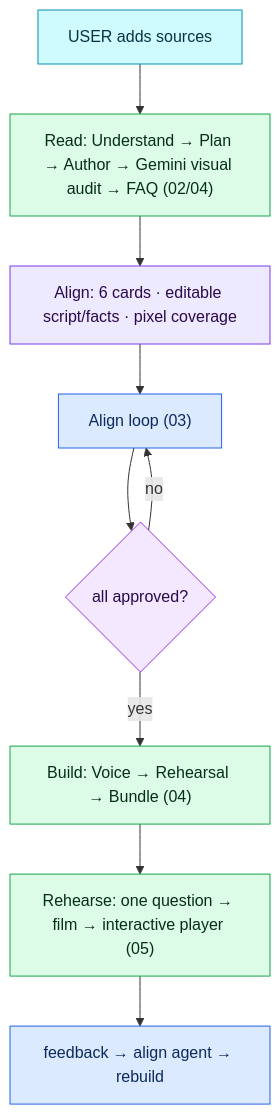
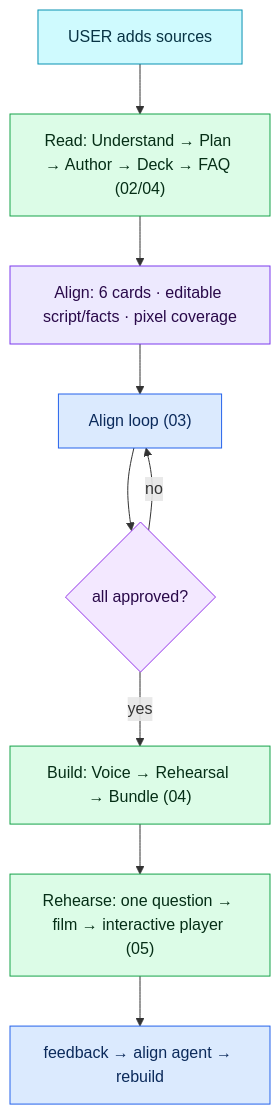
One commit to APareek89/demo-studio changed the diagram in docs/ARCHITECTURE_FLOW.md. Above: the diagram before and after it, drawn with Mermaid. The commit also changed other lines of this file and 23 other files, not shown here.

````diff
--- a/docs/ARCHITECTURE_FLOW.md
+++ b/docs/ARCHITECTURE_FLOW.md
@@ -58,12 +62,12 @@
 ```mermaid
 %% see docs/mermaid/01-master.mmd
 flowchart TD
-  U["USER adds sources"]:::ask --> READ["Read: Understand → Plan → Author → Gemini visual audit → FAQ (02/04)"]:::fn --> CARDS["Align: 6 cards · editable script/facts · pixel coverage"]:::data --> ALIGN["Align loop (03)"]:::agent --> APPR{"all approved?"}:::dec
+  U["USER adds sources"]:::ask --> READ["Read: Understand → Plan → Author → Deck → FAQ (02/04)"]:::fn --> CARDS["Align: 6 cards · editable script/facts · pixel coverage"]:::data --> ALIGN["Align loop (03)"]:::agent --> APPR{"all approved?"}:::dec
   APPR -- "yes" --> BUILD["Build: Voice → Rehearsal → Bundle (04)"]:::fn --> PLAY["Rehearse: one question → film → interactive player (05)"]:::fn --> FB["feedback → align agent → rebuild"]:::agent
   APPR -- "no" --> ALIGN
   classDef agent fill:#dbeafe,stroke:#2563eb,color:#0b2a5b;
   classDef fn fill:#dcfce7,stroke:#16a34a,color:#052e16;
   classDef dec fill:#f3e8ff,stroke:#9333ea,color:#2a0a4a;
   classDef data fill:#ede9fe,stroke:#7c3aed,color:#2a0a4a;
   classDef ask fill:#cffafe,stroke:#0891b2,color:#083344;
 ```
````
